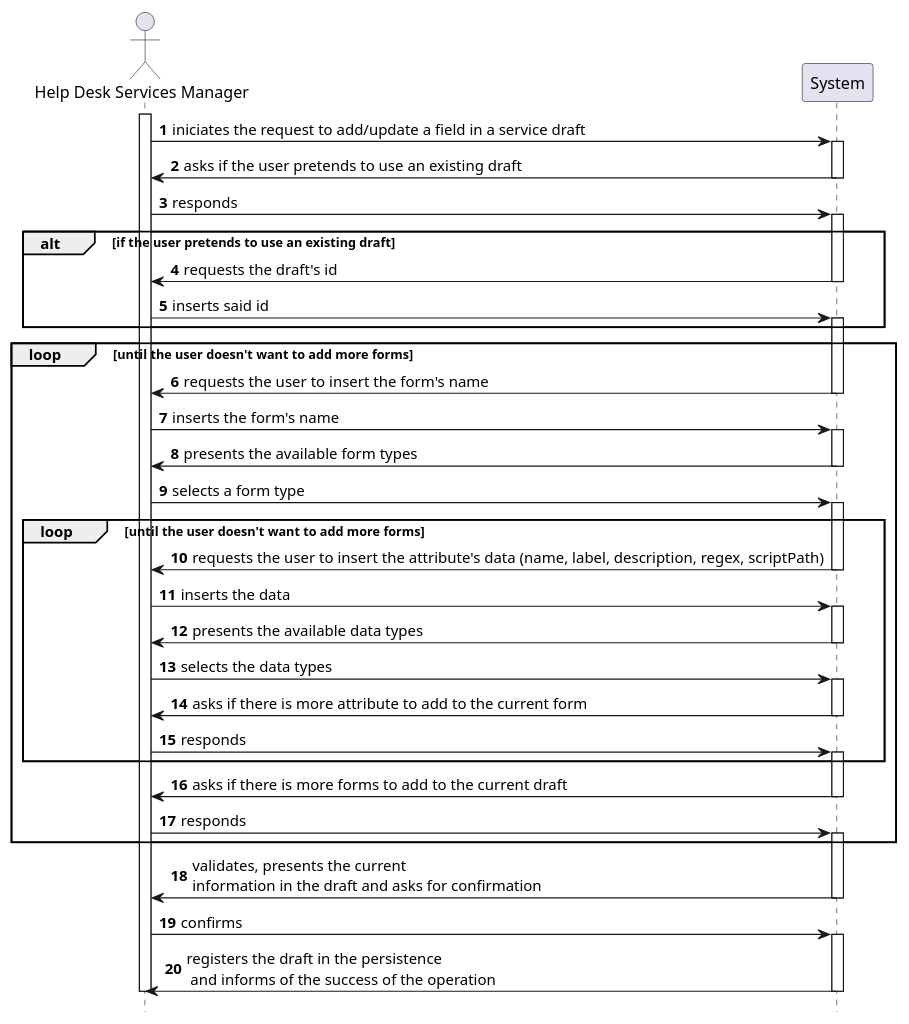
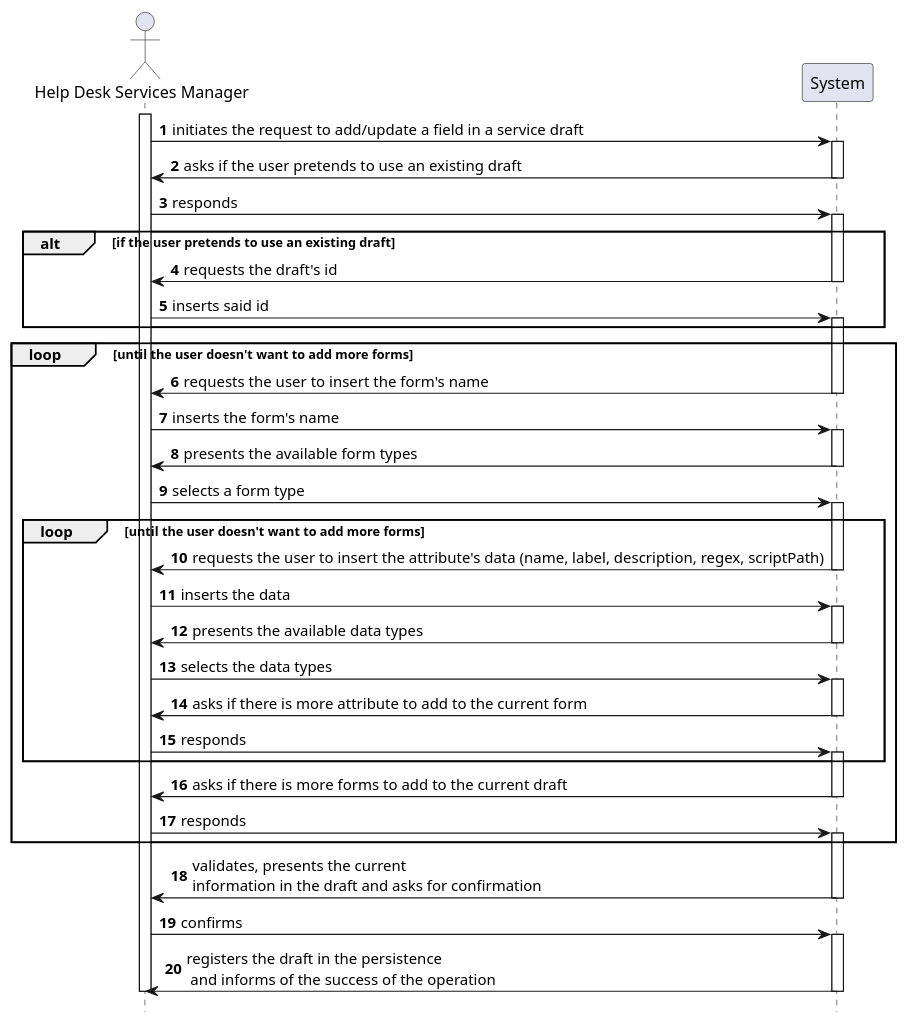
The diagram in doc/engenharia/SprintB/1190967/US-1-2002_EspecificarServico/DraftFormSpecification/US-1-2002_SSD.puml (tiagoavcosta25/LAPR4), drawn with PlantUML before and after one commit. The commit also changed 4 other files, not shown here.

Commit message:
LAPR4-67 #design #fixing Service Draft Specification Field - Class Diagram

```diff
--- a/doc/engenharia/SprintB/1190967/US-1-2002_EspecificarServico/DraftFormSpecification/US-1-2002_SSD.puml
+++ b/doc/engenharia/SprintB/1190967/US-1-2002_EspecificarServico/DraftFormSpecification/US-1-2002_SSD.puml
@@ -1,77 +1,77 @@
 @startuml
 autonumber
 hide footbox
 
 actor "Help Desk Services Manager" as HSM
 participant "System" as SYST
 
 activate HSM
 
-HSM -> SYST : iniciates the request to add/update a field in a service draft
+HSM -> SYST : initiates the request to add/update a field in a service draft
 activate SYST
 
 SYST -> HSM : asks if the user pretends to use an existing draft
 deactivate SYST
 
 HSM -> SYST : responds
 activate SYST
 
 alt if the user pretends to use an existing draft
 SYST -> HSM : requests the draft's id
 deactivate SYST
 
 HSM -> SYST : inserts said id
 activate SYST
 end
 
 loop until the user doesn't want to add more forms
 SYST -> HSM : requests the user to insert the form's name
 deactivate SYST
 
 HSM -> SYST : inserts the form's name
 activate SYST
 
 SYST -> HSM : presents the available form types
 deactivate SYST
 
 HSM -> SYST : selects a form type
 activate SYST
 
 loop until the user doesn't want to add more forms
 SYST -> HSM : requests the user to insert the attribute's data (name, label, description, regex, scriptPath)
 deactivate SYST
 
 HSM -> SYST : inserts the data
 activate SYST
 
 SYST -> HSM : presents the available data types
 deactivate SYST
 
 HSM -> SYST : selects the data types
 activate SYST
 
 SYST -> HSM : asks if there is more attribute to add to the current form
 deactivate SYST
 
 HSM -> SYST : responds
 activate SYST
 end
 
 SYST -> HSM : asks if there is more forms to add to the current draft
 deactivate SYST
 
 HSM -> SYST : responds
 activate SYST
 end
 
 SYST -> HSM : validates, presents the current \ninformation in the draft and asks for confirmation
 deactivate SYST
 
 HSM -> SYST : confirms
 activate SYST
 
 SYST -> HSM : registers the draft in the persistence\n and informs of the success of the operation
 deactivate SYST
 deactivate HSM
 
 @enduml
```
